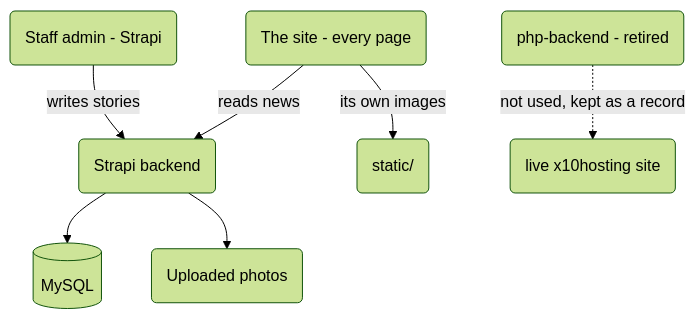
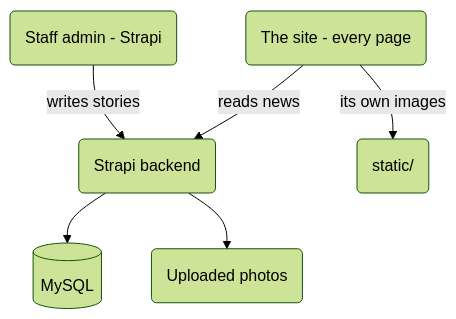
One commit to zek-cmd/softnet-frontend changed the diagram in README.md. Above: the diagram before and after it, drawn with Mermaid (forest theme). The commit also changed other lines of this file, not shown here.

````diff
--- a/README.md
+++ b/README.md
@@ -17,9 +17,8 @@
 ```mermaid
 flowchart TD
   A("The site - every page") -->|"reads news"| B("Strapi backend")
   C("Staff admin - Strapi") -->|"writes stories"| B
   B --> D[("MySQL")]
   B --> E("Uploaded photos")
   A -->|"its own images"| F("static/")
-  G("php-backend - retired") -.->|"not used, kept as a record"| H("live x10hosting site")
 ```
````
